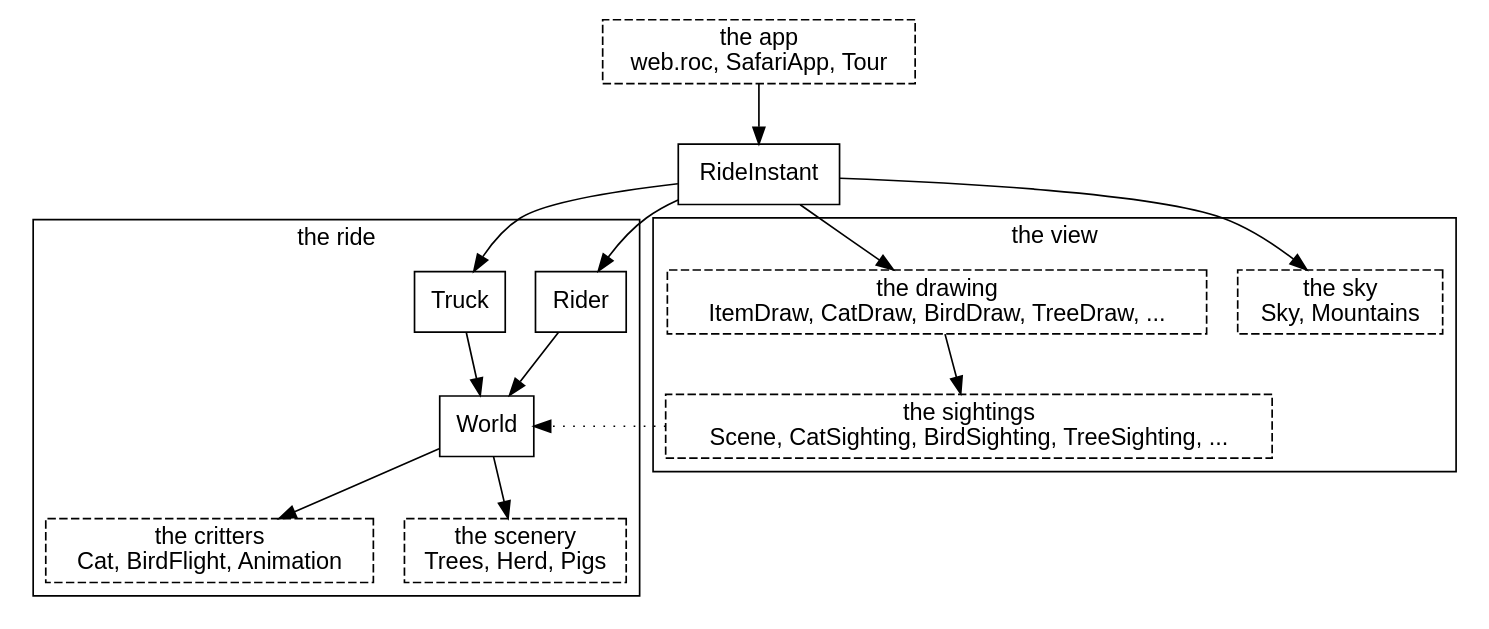
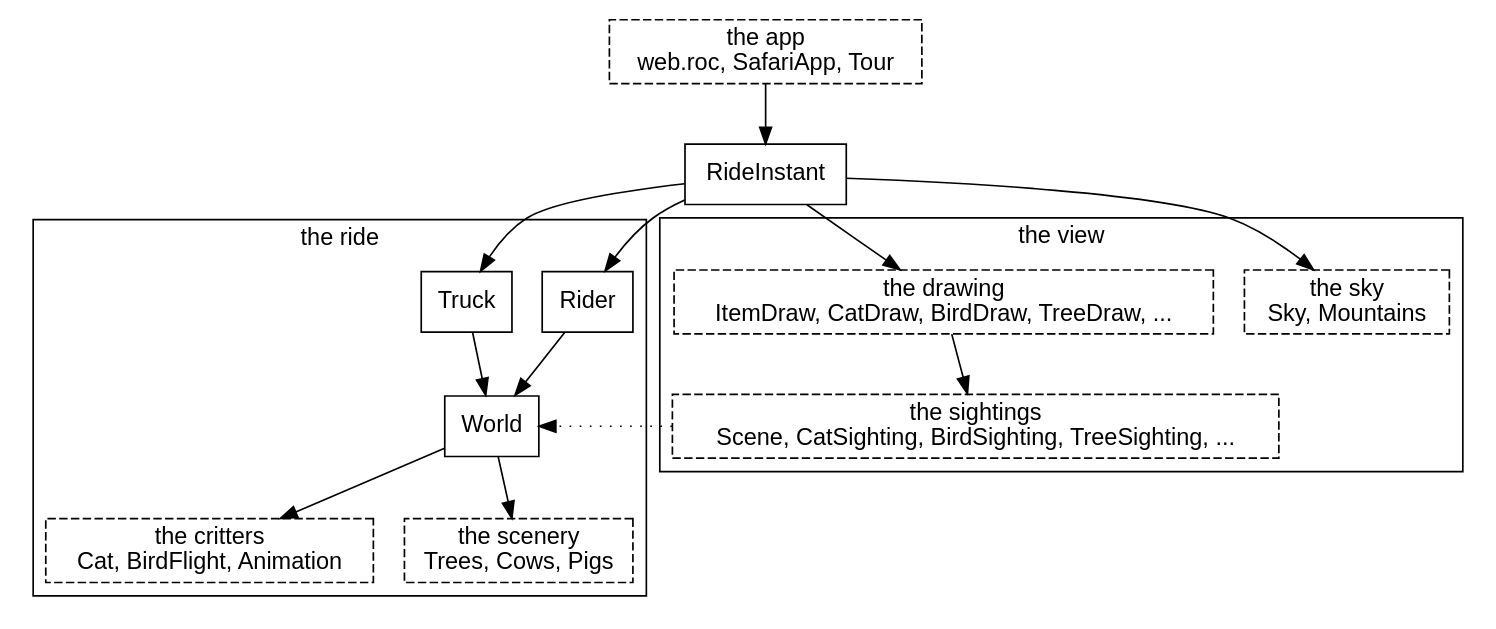
The second of 19 diagrams in canvas_apps/safari/tutorial/tutorial.md (showell/roc-apps), drawn with Graphviz before and after one commit. The commit also changed other lines of this file and 2 other files, not shown here.

First line of the commit message:
safari: Herd becomes Cows

````diff
--- a/canvas_apps/safari/tutorial/tutorial.md
+++ b/canvas_apps/safari/tutorial/tutorial.md
@@ -84,30 +84,30 @@
 ```dot
 digraph system {
   node [shape=box, fontname="Helvetica"];
   fontname="Helvetica";
   app [label="the app\nweb.roc, SafariApp, Tour", style=dashed];
   subgraph cluster_ride {
     label="the ride";
     Rider; Truck; World;
     critters [label="the critters\nCat, BirdFlight, Animation", style=dashed];
-    scenery [label="the scenery\nTrees, Herd, Pigs", style=dashed];
+    scenery [label="the scenery\nTrees, Cows, Pigs", style=dashed];
   }
   subgraph cluster_view {
     label="the view";
     sky [label="the sky\nSky, Mountains", style=dashed];
     drawing [label="the drawing\nItemDraw, CatDraw, BirdDraw, TreeDraw, ...", style=dashed];
     sightings [label="the sightings\nScene, CatSighting, BirdSighting, TreeSighting, ...", style=dashed];
   }
   app -> RideInstant;
   RideInstant -> Rider;
   RideInstant -> Truck;
   Rider -> World;
   Truck -> World;
   World -> critters;
   World -> scenery;
   RideInstant -> sky;
   RideInstant -> drawing;
   drawing -> sightings;
   sightings -> World [style=dotted, constraint=false];
 }
 ```
````
